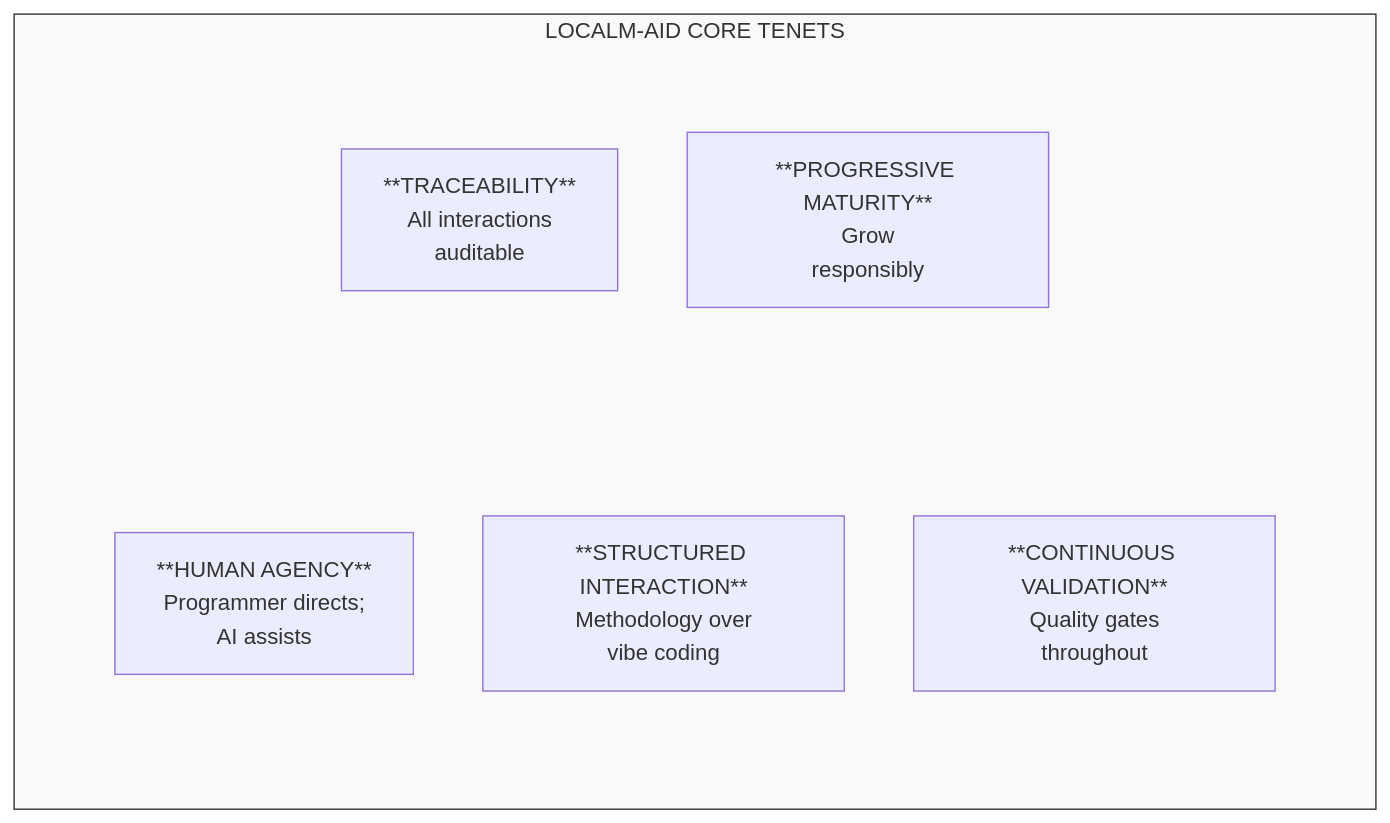
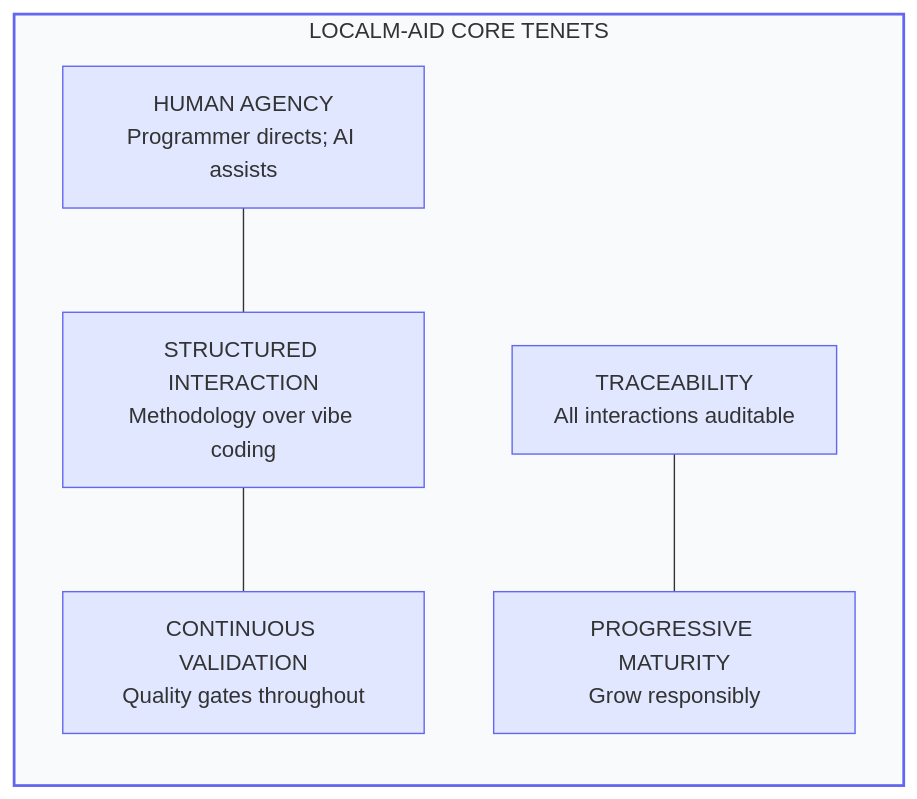
The first of 3 diagrams in index.md (nilayparikh/ai-agent-ea-framework), drawn with Mermaid before and after one commit. The commit also changed other lines of this file and 3 other files, not shown here.

````diff
--- a/index.md
+++ b/index.md
@@ -24,18 +29,21 @@
 ```mermaid
 flowchart TB
     subgraph TENETS["LOCALM-AID CORE TENETS"]
-        subgraph ROW1[" "]
-            T1["**HUMAN AGENCY**<br/>Programmer directs;<br/>AI assists"]
-            T2["**STRUCTURED INTERACTION**<br/>Methodology over<br/>vibe coding"]
-            T3["**CONTINUOUS VALIDATION**<br/>Quality gates<br/>throughout"]
-        end
-        subgraph ROW2[" "]
-            T4["**TRACEABILITY**<br/>All interactions<br/>auditable"]
-            T5["**PROGRESSIVE MATURITY**<br/>Grow<br/>responsibly"]
-        end
+        direction TB
+        T1["HUMAN AGENCY<br/>Programmer directs; AI assists"]
+        T2["STRUCTURED INTERACTION<br/>Methodology over vibe coding"]
+        T3["CONTINUOUS VALIDATION<br/>Quality gates throughout"]
+        T4["TRACEABILITY<br/>All interactions auditable"]
+        T5["PROGRESSIVE MATURITY<br/>Grow responsibly"]
+        
+        T1 --- T2 --- T3
+        T4 --- T5
     end
 
-    style TENETS fill:#f9f9f9,stroke:#333
-    style ROW1 fill:none,stroke:none
-    style ROW2 fill:none,stroke:none
+    style TENETS fill:#f8fafc,stroke:#6366f1,stroke-width:2px
+    style T1 fill:#e0e7ff,stroke:#6366f1
+    style T2 fill:#e0e7ff,stroke:#6366f1
+    style T3 fill:#e0e7ff,stroke:#6366f1
+    style T4 fill:#e0e7ff,stroke:#6366f1
+    style T5 fill:#e0e7ff,stroke:#6366f1
 ```
````
